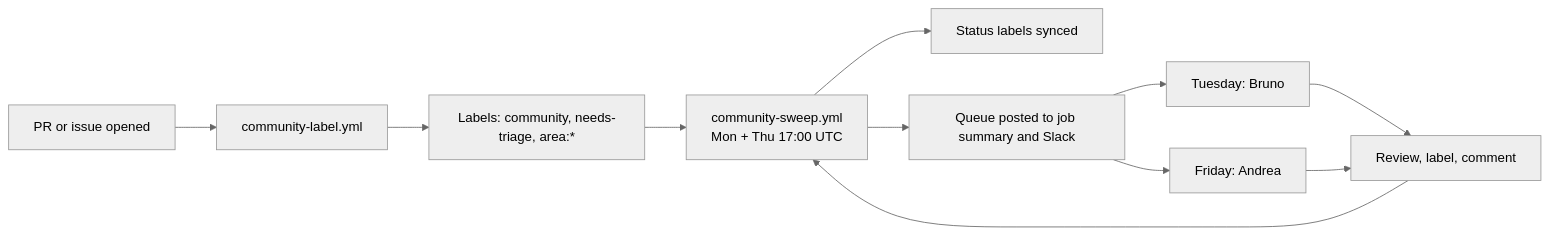
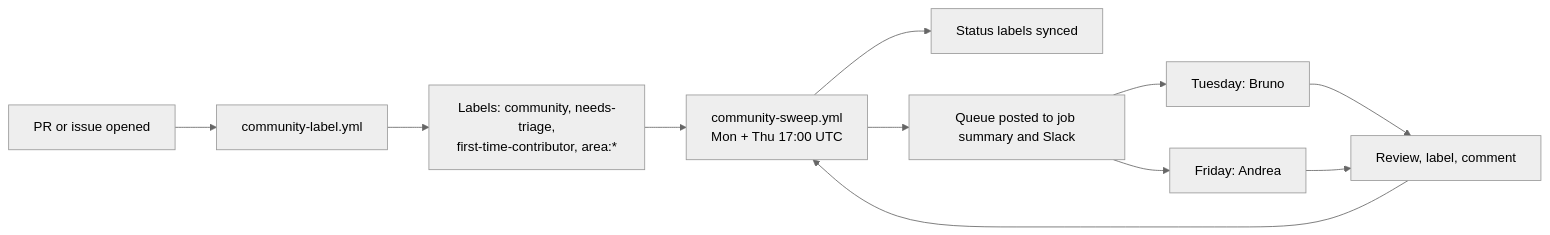
One commit to Kilo-Org/kilocode changed the first of 2 diagrams in docs/community-triage.md. Above: the diagram before and after it, drawn with Mermaid (neutral theme). The commit also changed other lines of this file, not shown here.

Commit message:
docs: refresh community triage doc

````diff
--- a/docs/community-triage.md
+++ b/docs/community-triage.md
@@ -11,13 +11,13 @@
 ```mermaid
 flowchart LR
     A[PR or issue opened] --> B[community-label.yml]
-    B --> C[Labels: community, needs-triage, area:*]
+    B --> C[Labels: community, needs-triage,<br/>first-time-contributor, area:*]
     C --> D[community-sweep.yml<br/>Mon + Thu 17:00 UTC]
     D --> E[Status labels synced]
     D --> F[Queue posted to job summary and Slack]
     F --> G[Tuesday: Bruno]
     F --> H[Friday: Andrea]
     G --> I[Review, label, comment]
     H --> I
     I --> D
 ```
````
